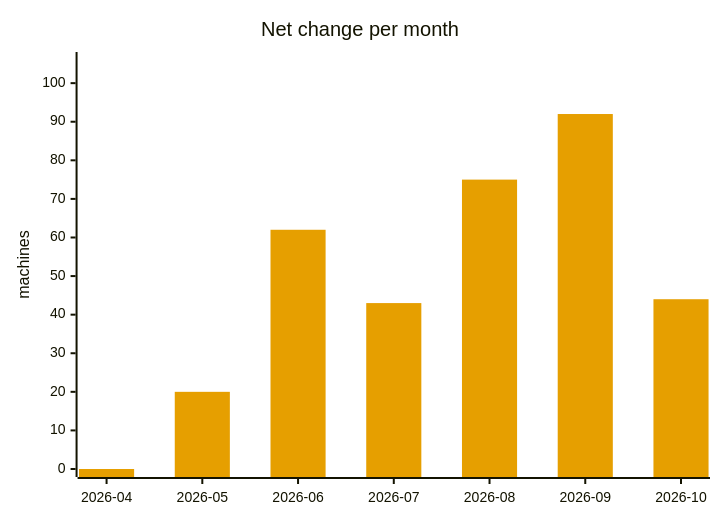
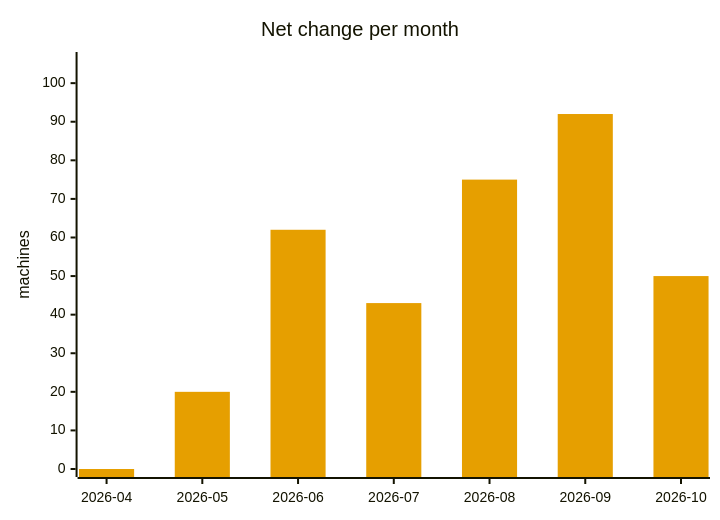
The fifth of 5 diagrams in ANALYSIS.md (cheeaun/returnright-data), drawn with Mermaid before and after one commit. The commit also changed other lines of this file and 4 other files, not shown here.

````diff
--- a/ANALYSIS.md
+++ b/ANALYSIS.md
@@ -267,13 +263,13 @@
 ```mermaid
 ---
 config:
   themeVariables:
     xyChart:
       plotColorPalette: "#E69F00"
 ---
 xychart-beta
     title "Net change per month"
     x-axis ["2026-04", "2026-05", "2026-06", "2026-07", "2026-08", "2026-09", "2026-10"]
     y-axis "machines" 0 --> 106
-    bar [0, 20, 62, 43, 75, 92, 44]
+    bar [0, 20, 62, 43, 75, 92, 50]
 ```
````
